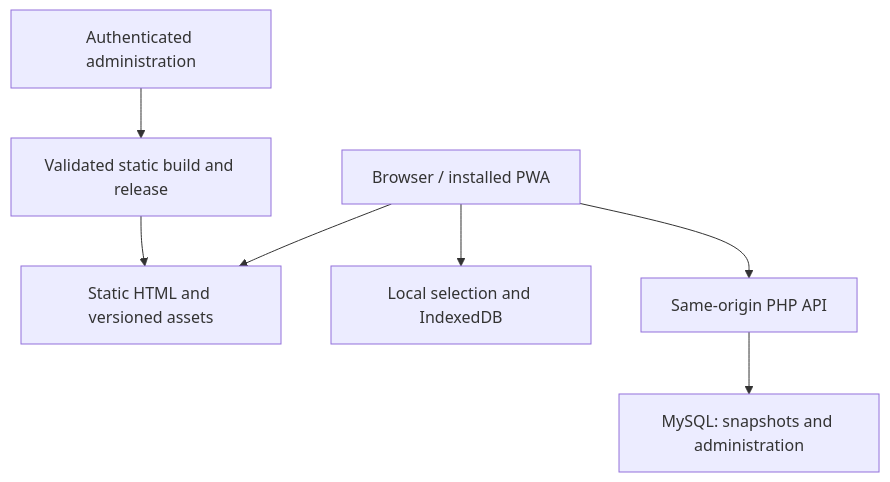
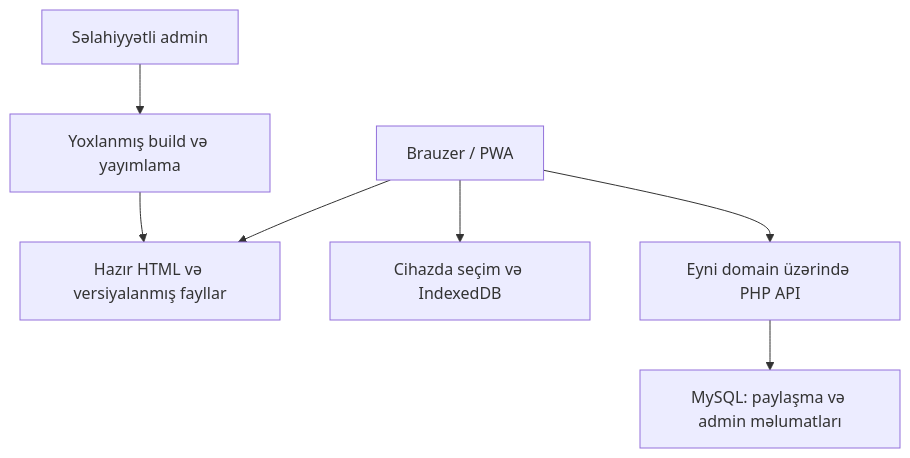
One commit to fuadoglu/LavbeWheel changed the diagram in README.md. Above: the diagram before and after it, drawn with Mermaid. The commit also changed other lines of this file and 16 other files, not shown here.

````diff
--- a/README.md
+++ b/README.md
@@ -78,9 +82,9 @@
 ```mermaid
 flowchart TD
-    Visitor["Browser / installed PWA"] --> Static["Static HTML and versioned assets"]
-    Visitor --> Local["Local selection and IndexedDB"]
-    Visitor --> API["Same-origin PHP API"]
-    API --> DB["MySQL: snapshots and administration"]
-    Admin["Authenticated administration"] --> Publish["Validated static build and release"]
-    Publish --> Static
+    Istifadeci["Brauzer / PWA"] --> Statik["Hazır HTML və versiyalanmış fayllar"]
+    Istifadeci --> Lokal["Cihazda seçim və IndexedDB"]
+    Istifadeci --> API["Eyni domain üzərində PHP API"]
+    API --> DB["MySQL: paylaşma və admin məlumatları"]
+    Admin["Səlahiyyətli admin"] --> Build["Yoxlanmış build və yayımlama"]
+    Build --> Statik
 ```
````
